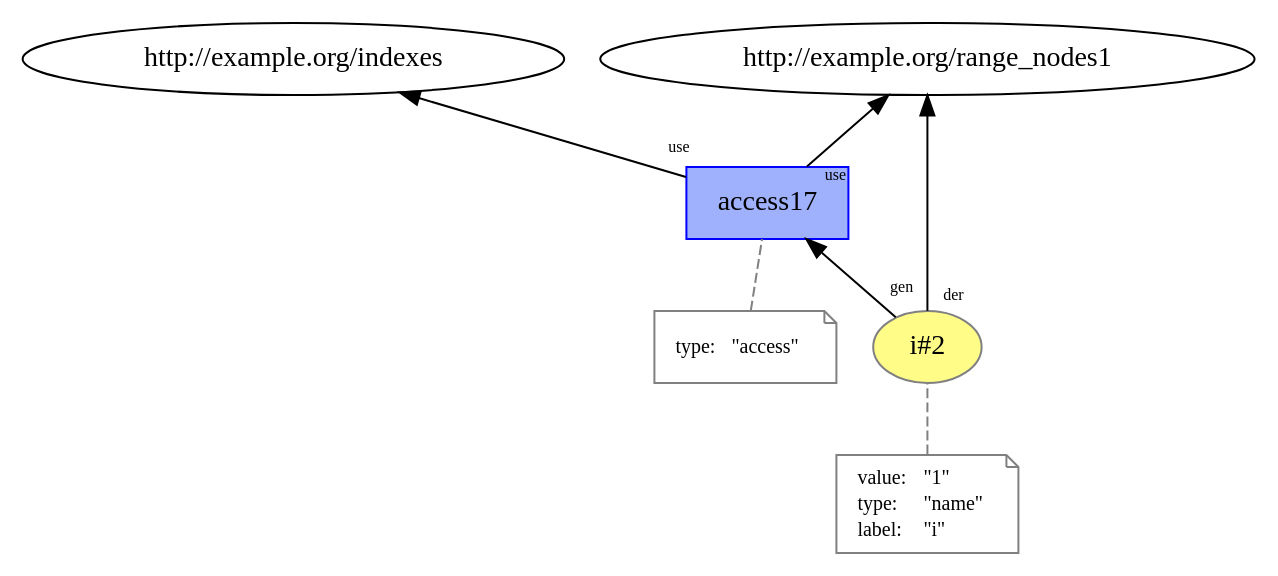
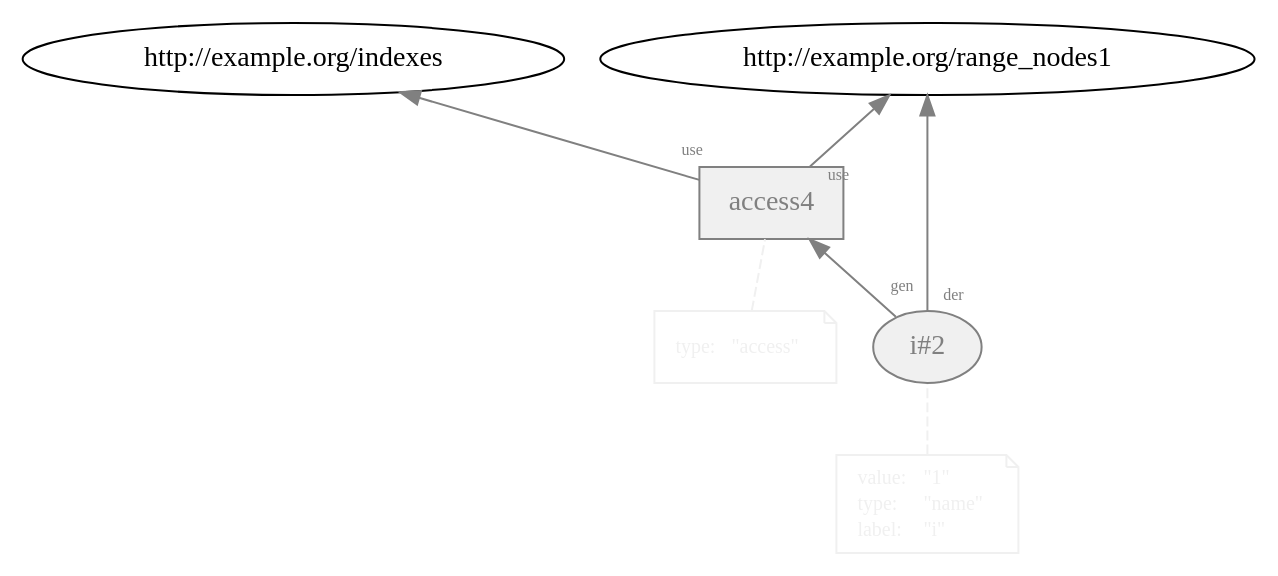
One commit to dew-uff/versioned-prov changed the diagram in images/plain_prov/temp/L11__loop_access_2.dot. Above: the diagram before and after it, drawn with Graphviz. The commit also changed 390 other files, not shown here.

```diff
--- a/images/plain_prov/temp/L11__loop_access_2.dot
+++ b/images/plain_prov/temp/L11__loop_access_2.dot
@@ -1,30 +1,30 @@
 digraph "PROV" { size="16,12"; rankdir="BT";
-"http://example.org/i#2" [fillcolor="#FFFC87",color="#808080",style="filled",label="i#2",URL="http://example.org/i#2"]
-"-attrs0" [color="gray",shape="note",fontsize="10",fontcolor="black",label=<<TABLE cellpadding="0" border="0">
+"http://example.org/i#2" [fillcolor="#F0F0F0",color="gray",style="filled",label="i#2",URL="http://example.org/i#2",fontcolor="gray"]
+"-attrs0" [color="#F0F0F0",shape="note",fontsize="10",fontcolor="black",label=<<TABLE cellpadding="0" border="0">
 	<TR>
-	    <TD align="left">value:</TD>
-	    <TD align="left">&quot;1&quot;</TD>
+	    <TD align="left"><font color="#F0F0F0">value:</font></TD>
+	    <TD align="left"><font color="#F0F0F0">&quot;1&quot;</font></TD>
 	</TR>
 	<TR>
-	    <TD align="left">type:</TD>
-	    <TD align="left">&quot;name&quot;</TD>
+	    <TD align="left"><font color="#F0F0F0">type:</font></TD>
+	    <TD align="left"><font color="#F0F0F0">&quot;name&quot;</font></TD>
 	</TR>
 	<TR>
-	    <TD align="left">label:</TD>
-	    <TD align="left">&quot;i&quot;</TD>
+	    <TD align="left"><font color="#F0F0F0">label:</font></TD>
+	    <TD align="left"><font color="#F0F0F0">&quot;i&quot;</font></TD>
 	</TR>
 </TABLE>>]
-"-attrs0" -> "http://example.org/i#2" [color="gray",style="dashed",arrowhead="none"]
-"http://example.org/access17" [fillcolor="#9FB1FC",color="#0000FF",shape="polygon",sides="4",style="filled",label="access17",URL="http://example.org/access17"]
-"-attrs1" [color="gray",shape="note",fontsize="10",fontcolor="black",label=<<TABLE cellpadding="0" border="0">
+"-attrs0" -> "http://example.org/i#2" [color="#F0F0F0",style="dashed",arrowhead="none"]
+"http://example.org/access4" [fillcolor="#F0F0F0",color="gray",shape="polygon",sides="4",style="filled",label="access4",URL="http://example.org/access4",fontcolor="gray"]
+"-attrs1" [color="#F0F0F0",shape="note",fontsize="10",fontcolor="black",label=<<TABLE cellpadding="0" border="0">
 	<TR>
-	    <TD align="left">type:</TD>
-	    <TD align="left">&quot;access&quot;</TD>
+	    <TD align="left"><font color="#F0F0F0">type:</font></TD>
+	    <TD align="left"><font color="#F0F0F0">&quot;access&quot;</font></TD>
 	</TR>
 </TABLE>>]
-"-attrs1" -> "http://example.org/access17" [color="gray",style="dashed",arrowhead="none"]
-"http://example.org/access17" -> "http://example.org/range_nodes1" [labelfontsize="8",labeldistance="1.5",labelangle="60.0",rotation="20",taillabel="use"]
-"http://example.org/i#2" -> "http://example.org/range_nodes1" [labelfontsize="8",labeldistance="1.5",labelangle="60.0",rotation="20",taillabel="der"]
-"http://example.org/i#2" -> "http://example.org/access17" [labelfontsize="8",labeldistance="1.5",labelangle="60.0",rotation="20",taillabel="gen"]
-"http://example.org/access17" -> "http://example.org/indexes" [labelfontsize="8",labeldistance="1.5",labelangle="60.0",rotation="20",taillabel="use"]
+"-attrs1" -> "http://example.org/access4" [color="#F0F0F0",style="dashed",arrowhead="none"]
+"http://example.org/access4" -> "http://example.org/range_nodes1" [labelfontsize="8",labeldistance="1.5",labelangle="60.0",rotation="20",taillabel="use",fontcolor="gray",color="gray"]
+"http://example.org/i#2" -> "http://example.org/range_nodes1" [labelfontsize="8",labeldistance="1.5",labelangle="60.0",rotation="20",taillabel="der",fontcolor="gray",color="gray"]
+"http://example.org/i#2" -> "http://example.org/access4" [labelfontsize="8",labeldistance="1.5",labelangle="60.0",rotation="20",taillabel="gen",fontcolor="gray",color="gray"]
+"http://example.org/access4" -> "http://example.org/indexes" [labelfontsize="8",labeldistance="1.5",labelangle="60.0",rotation="20",taillabel="use",fontcolor="gray",color="gray"]
 }
```
